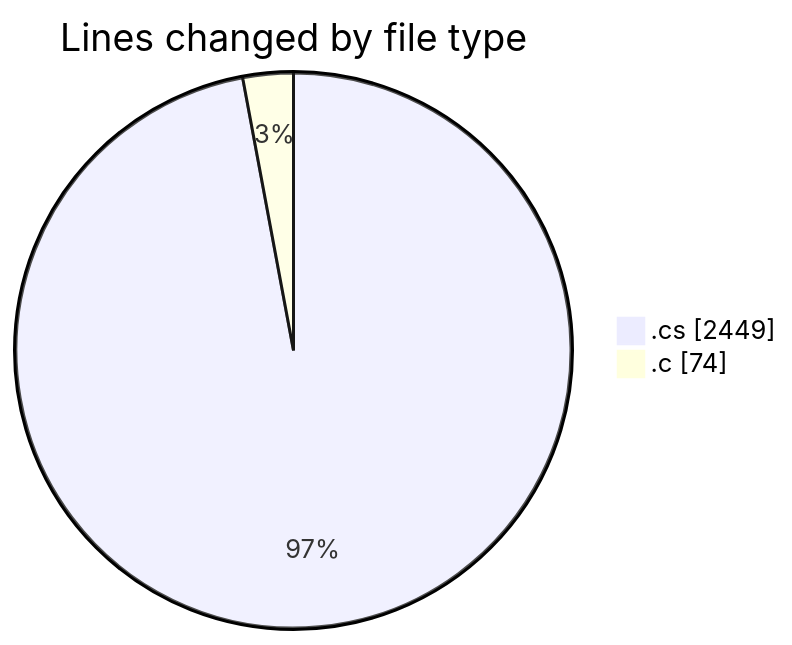
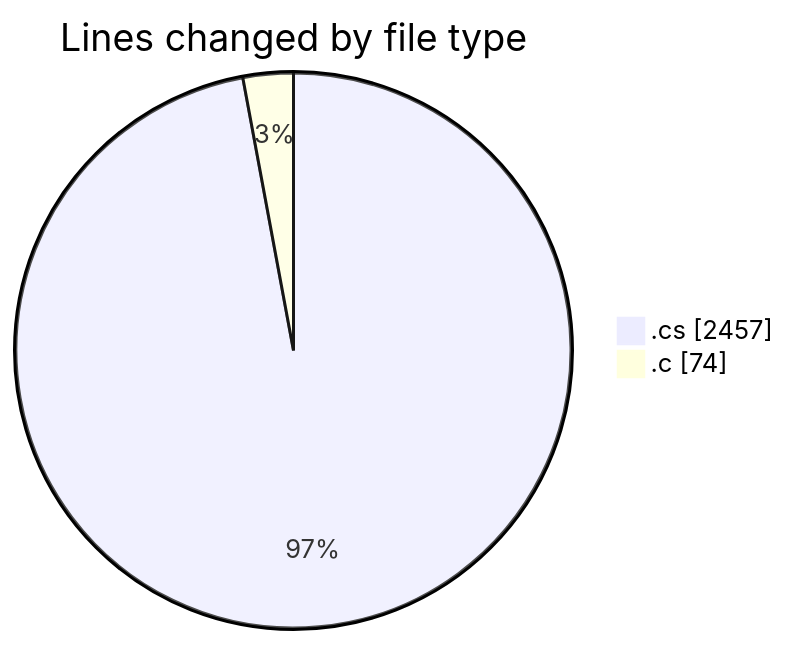
One commit to charlie-sans/code-tracking changed the first of 2 diagrams in 2025-02-09/koderunner/README.md. Above: the diagram before and after it, drawn with Mermaid. The commit also changed other lines of this file and 1 other file, not shown here.

````diff
--- a/2025-02-09/koderunner/README.md
+++ b/2025-02-09/koderunner/README.md
@@ -24,6 +24,6 @@
 ```mermaid
 pie showData
 title Lines changed by file type
-".cs" : 2449
+".cs" : 2457
 ".c" : 74
 ```
````
